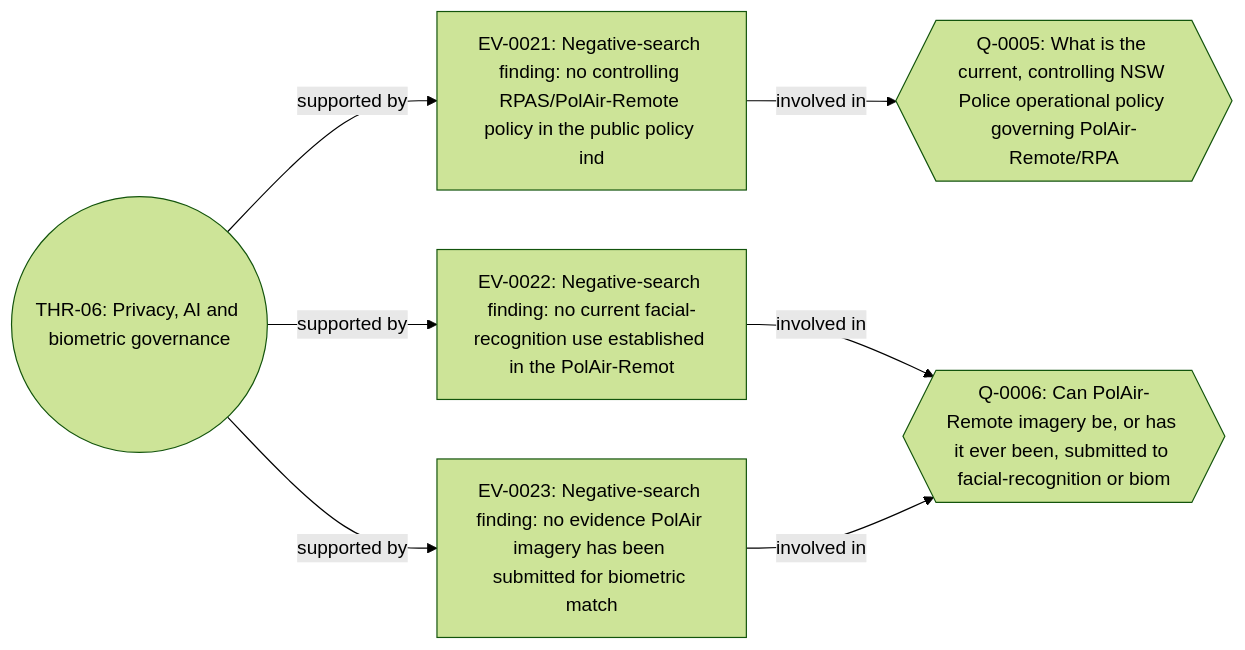
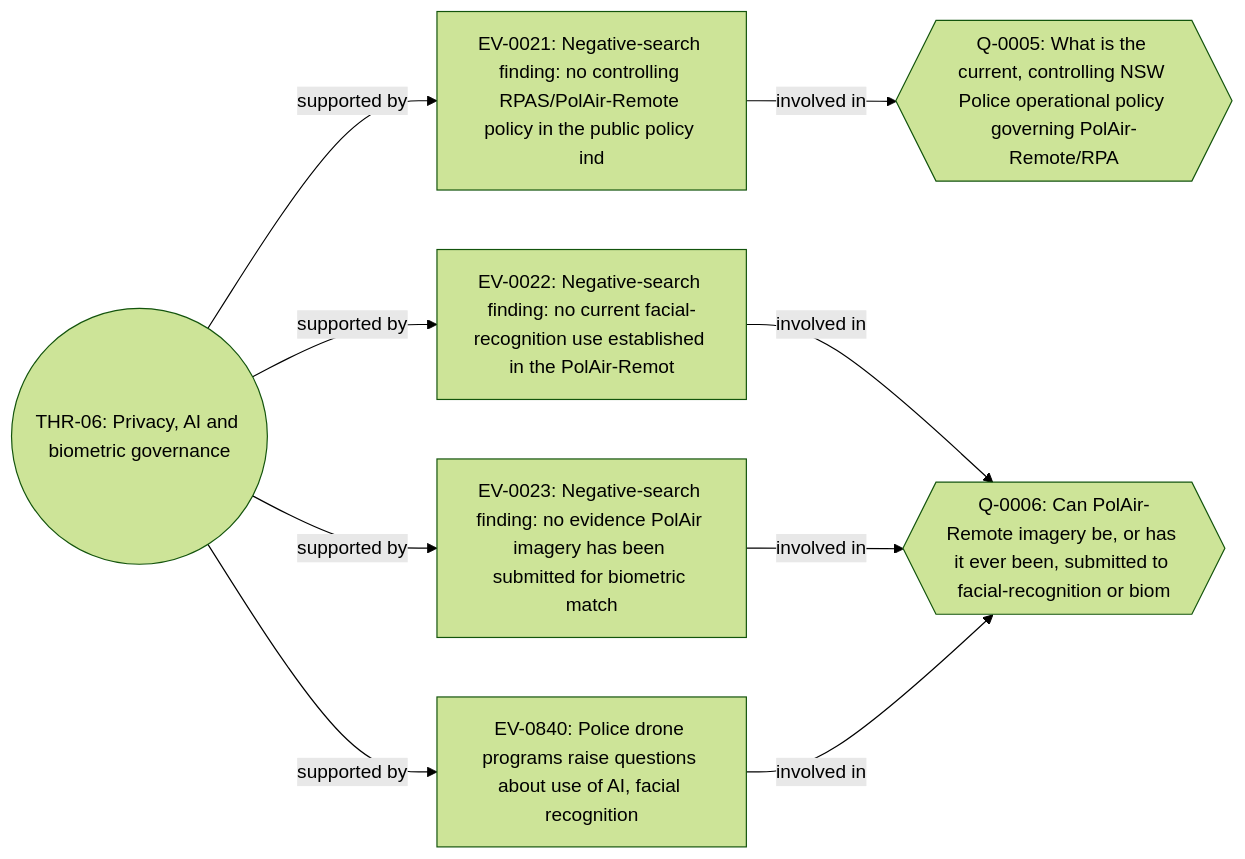
One commit to mayhem82/mayhem-investigations changed diagram 21 of 34 in docs/RELATIONSHIP_MAP.md. Above: the diagram before and after it, drawn with Mermaid (forest theme). The commit also changed other lines of this file, not shown here.

````diff
--- a/docs/RELATIONSHIP_MAP.md
+++ b/docs/RELATIONSHIP_MAP.md
@@ -647,15 +660,18 @@
 ```mermaid
 flowchart LR
   DFAPTI_MNC_2026_00001_THRD_THR_06(("THR-06: Privacy, AI and biometric governance"))
   DFAPTI_MNC_2026_00001_EVID_EV_0021["EV-0021: Negative-search finding: no controlling RPAS/PolAir-Remote policy in the public policy ind"]
   DFAPTI_MNC_2026_00001_EVID_EV_0022["EV-0022: Negative-search finding: no current facial-recognition use established in the PolAir-Remot"]
   DFAPTI_MNC_2026_00001_EVID_EV_0023["EV-0023: Negative-search finding: no evidence PolAir imagery has been submitted for biometric match"]
+  DFAPTI_MNC_2026_00001_EVID_EV_0840["EV-0840: Police drone programs raise questions about use of AI, facial recognition"]
   DFAPTI_MNC_2026_00001_QUES_Q_0005{{"Q-0005: What is the current, controlling NSW Police operational policy governing PolAir-Remote/RPA"}}
   DFAPTI_MNC_2026_00001_QUES_Q_0006{{"Q-0006: Can PolAir-Remote imagery be, or has it ever been, submitted to facial-recognition or biom"}}
   DFAPTI_MNC_2026_00001_THRD_THR_06 -- "supported by" --> DFAPTI_MNC_2026_00001_EVID_EV_0021
   DFAPTI_MNC_2026_00001_THRD_THR_06 -- "supported by" --> DFAPTI_MNC_2026_00001_EVID_EV_0022
   DFAPTI_MNC_2026_00001_THRD_THR_06 -- "supported by" --> DFAPTI_MNC_2026_00001_EVID_EV_0023
+  DFAPTI_MNC_2026_00001_THRD_THR_06 -- "supported by" --> DFAPTI_MNC_2026_00001_EVID_EV_0840
   DFAPTI_MNC_2026_00001_EVID_EV_0021 -- "involved in" --> DFAPTI_MNC_2026_00001_QUES_Q_0005
   DFAPTI_MNC_2026_00001_EVID_EV_0022 -- "involved in" --> DFAPTI_MNC_2026_00001_QUES_Q_0006
   DFAPTI_MNC_2026_00001_EVID_EV_0023 -- "involved in" --> DFAPTI_MNC_2026_00001_QUES_Q_0006
+  DFAPTI_MNC_2026_00001_EVID_EV_0840 -- "involved in" --> DFAPTI_MNC_2026_00001_QUES_Q_0006
 ```
````
